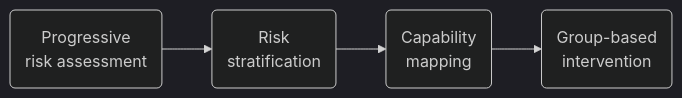
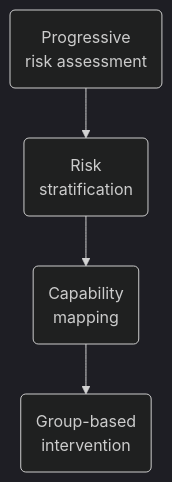
One commit to LatticeInnovations/blog changed the diagram in readme/population-scale-health/part-i-conceptual-framework.md. Above: the diagram before and after it, drawn with Mermaid (dark theme). The commit also changed other lines of this file and 1 other file, not shown here.

````diff
--- a/readme/population-scale-health/part-i-conceptual-framework.md
+++ b/readme/population-scale-health/part-i-conceptual-framework.md
@@ -8,10 +5,10 @@
 ```mermaid
-flowchart LR
+flowchart TD
    A("Progressive 
    risk assessment") --> B("Risk 
    stratification")
    B --> C("Capability 
    mapping")
    C --> D("Group-based 
    intervention") 
 ```
````
